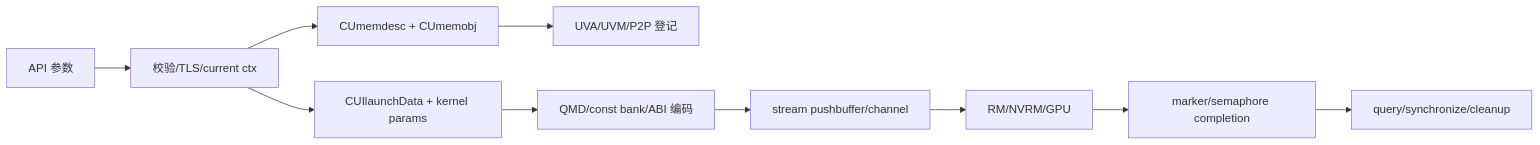
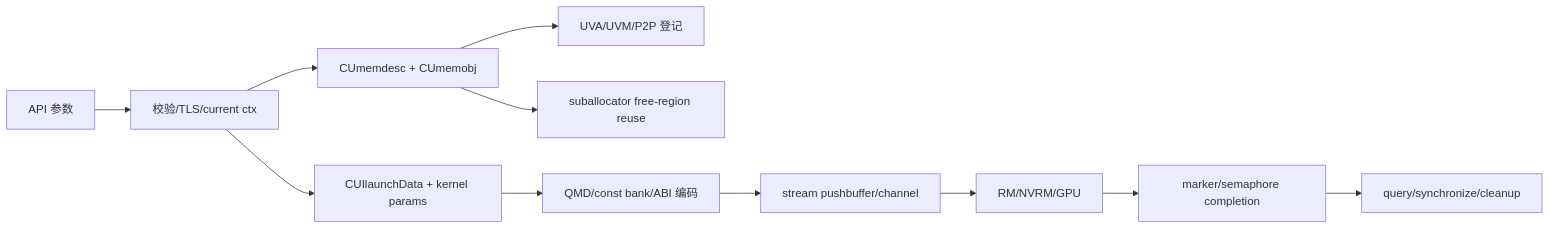
Before and after one commit to visionarywind/Projects: the diagram in cuda/00-overview/global-data-flow.md, drawn with Mermaid. The commit also changed other lines of this file and 28 other files, not shown here.

````diff
--- a/cuda/00-overview/global-data-flow.md
+++ b/cuda/00-overview/global-data-flow.md
@@ -17,12 +17,13 @@
 ```mermaid
 flowchart LR
   P[API 参数] --> V[校验/TLS/current ctx]
   V --> MD[CUmemdesc + CUmemobj]
   MD --> VA[UVA/UVM/P2P 登记]
+  MD --> PO[suballocator free-region reuse]
   V --> LD[CUIlaunchData + kernel params]
   LD --> Q[QMD/const bank/ABI 编码]
   Q --> PB[stream pushbuffer/channel]
   PB --> GPU[RM/NVRM/GPU]
   GPU --> MK[marker/semaphore completion]
   MK --> SYNC[query/synchronize/cleanup]
 ```
````
